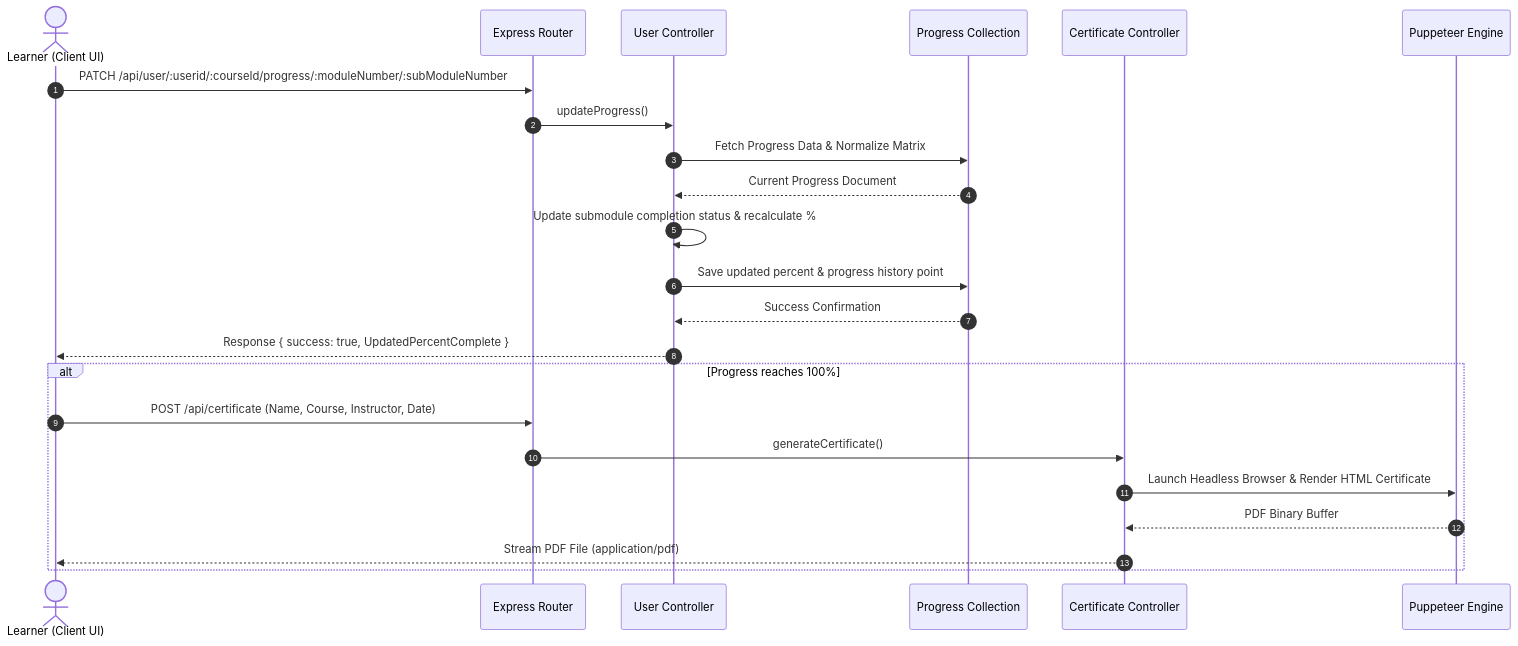
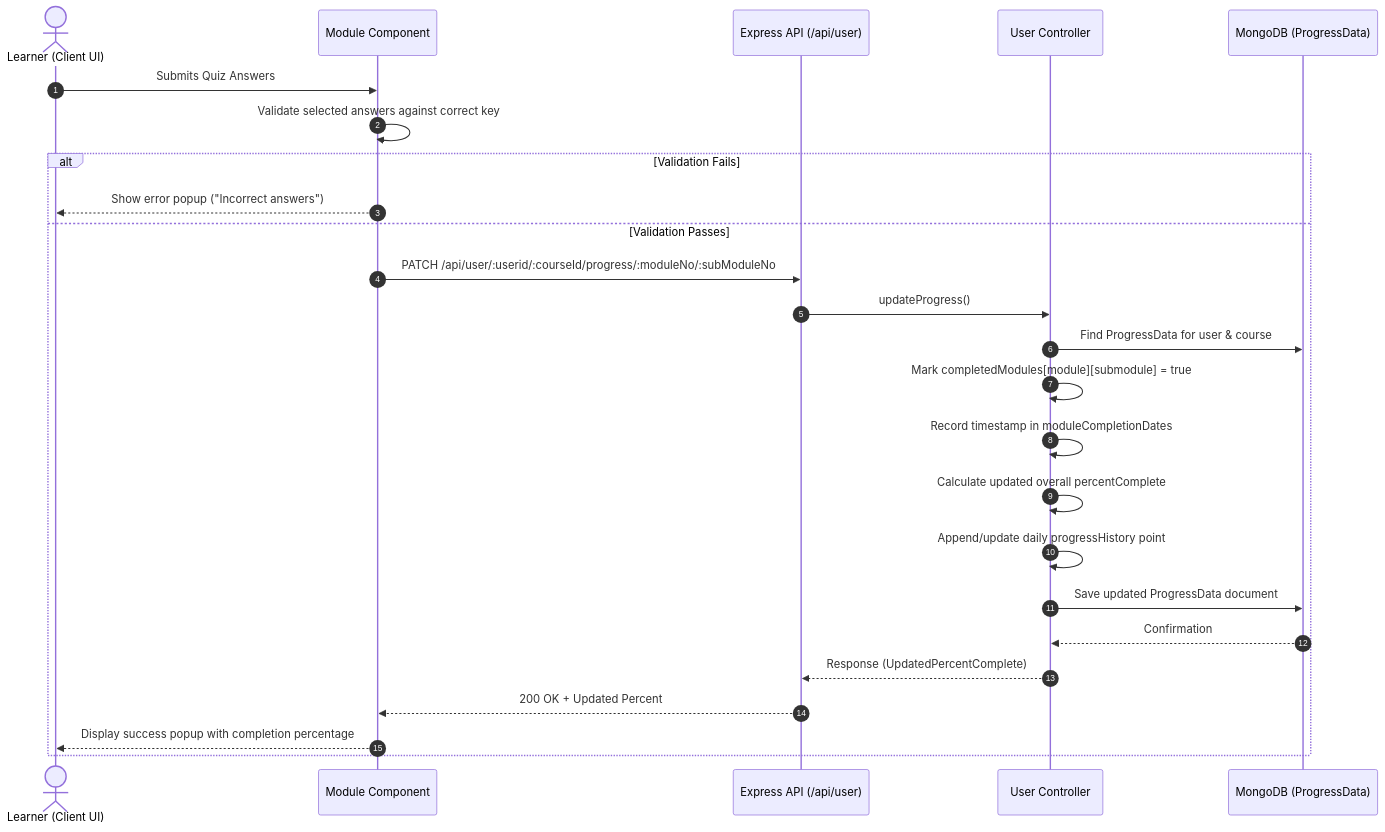
One commit to abdul8704/EduTrack changed the third of 3 diagrams in architecture.md. Above: the diagram before and after it, drawn with Mermaid. The commit also changed other lines of this file, not shown here.

Commit message:
docs: add system architecture diagrams, database schema, and API documentation

````diff
--- a/architecture.md
+++ b/architecture.md
@@ -305,27 +256,28 @@
 ```mermaid
 sequenceDiagram
     autonumber
     actor Learner as Learner (Client UI)
-    participant Express as Express Router
+    participant ModuleComp as Module Component
+    participant Router as Express API (/api/user)
     participant UserCtrl as User Controller
-    participant ProgressDB as Progress Collection
-    participant CertCtrl as Certificate Controller
-    participant Puppeteer as Puppeteer Engine
+    participant DB as MongoDB (ProgressData)
 
-    Learner->>Express: PATCH /api/user/:userid/:courseId/progress/:moduleNumber/:subModuleNumber
-    Express->>UserCtrl: updateProgress()
-    UserCtrl->>ProgressDB: Fetch Progress Data & Normalize Matrix
-    ProgressDB-->>UserCtrl: Current Progress Document
-    UserCtrl->>UserCtrl: Update submodule completion status & recalculate %
-    UserCtrl->>ProgressDB: Save updated percent & progress history point
-    ProgressDB-->>UserCtrl: Success Confirmation
-    UserCtrl-->>Learner: Response { success: true, UpdatedPercentComplete }
-
-    alt Progress reaches 100%
-        Learner->>Express: POST /api/certificate (Name, Course, Instructor, Date)
-        Express->>CertCtrl: generateCertificate()
-        CertCtrl->>Puppeteer: Launch Headless Browser & Render HTML Certificate
-        Puppeteer-->>CertCtrl: PDF Binary Buffer
-        CertCtrl-->>Learner: Stream PDF File (application/pdf)
+    Learner->>ModuleComp: Submits Quiz Answers
+    ModuleComp->>ModuleComp: Validate selected answers against correct key
+    alt Validation Fails
+        ModuleComp-->>Learner: Show error popup ("Incorrect answers")
+    else Validation Passes
+        ModuleComp->>Router: PATCH /api/user/:userid/:courseId/progress/:moduleNo/:subModuleNo
+        Router->>UserCtrl: updateProgress()
+        UserCtrl->>DB: Find ProgressData for user & course
+        UserCtrl->>UserCtrl: Mark completedModules[module][submodule] = true
+        UserCtrl->>UserCtrl: Record timestamp in moduleCompletionDates
+        UserCtrl->>UserCtrl: Calculate updated overall percentComplete
+        UserCtrl->>UserCtrl: Append/update daily progressHistory point
+        UserCtrl->>DB: Save updated ProgressData document
+        DB-->>UserCtrl: Confirmation
+        UserCtrl-->>Router: Response (UpdatedPercentComplete)
+        Router-->>ModuleComp: 200 OK + Updated Percent
+        ModuleComp-->>Learner: Display success popup with completion percentage
     end
 ```
````
